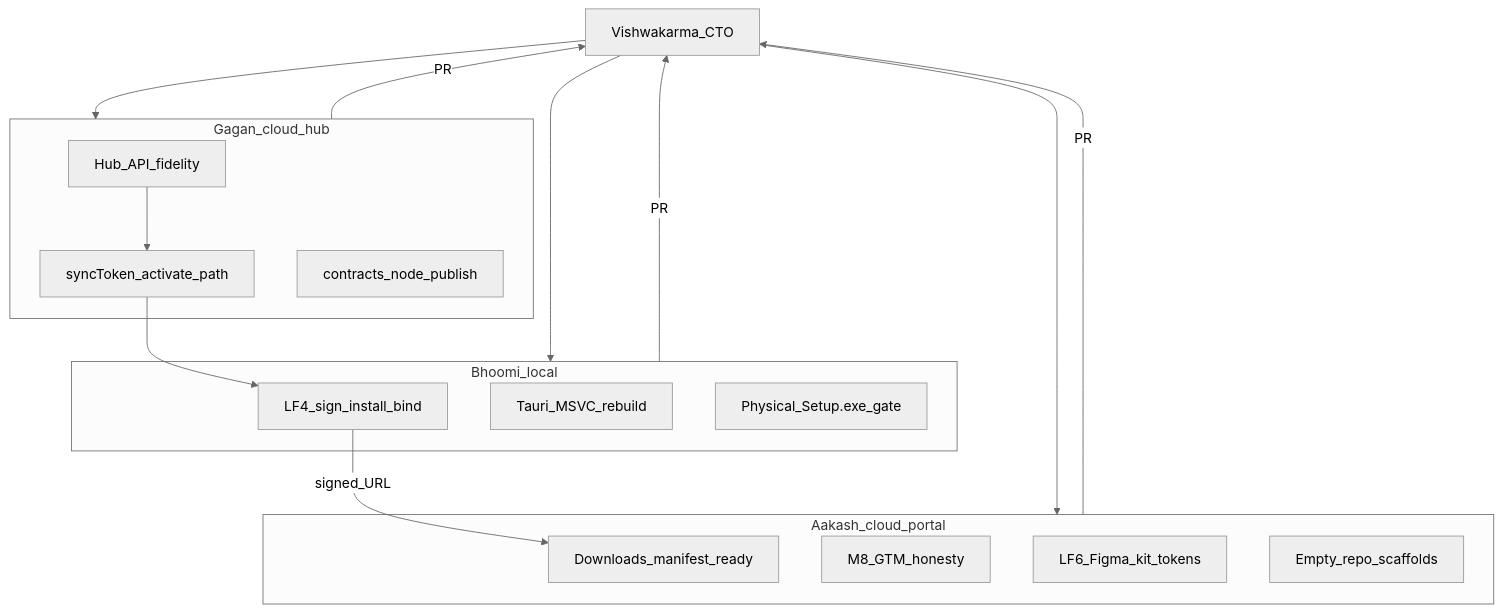
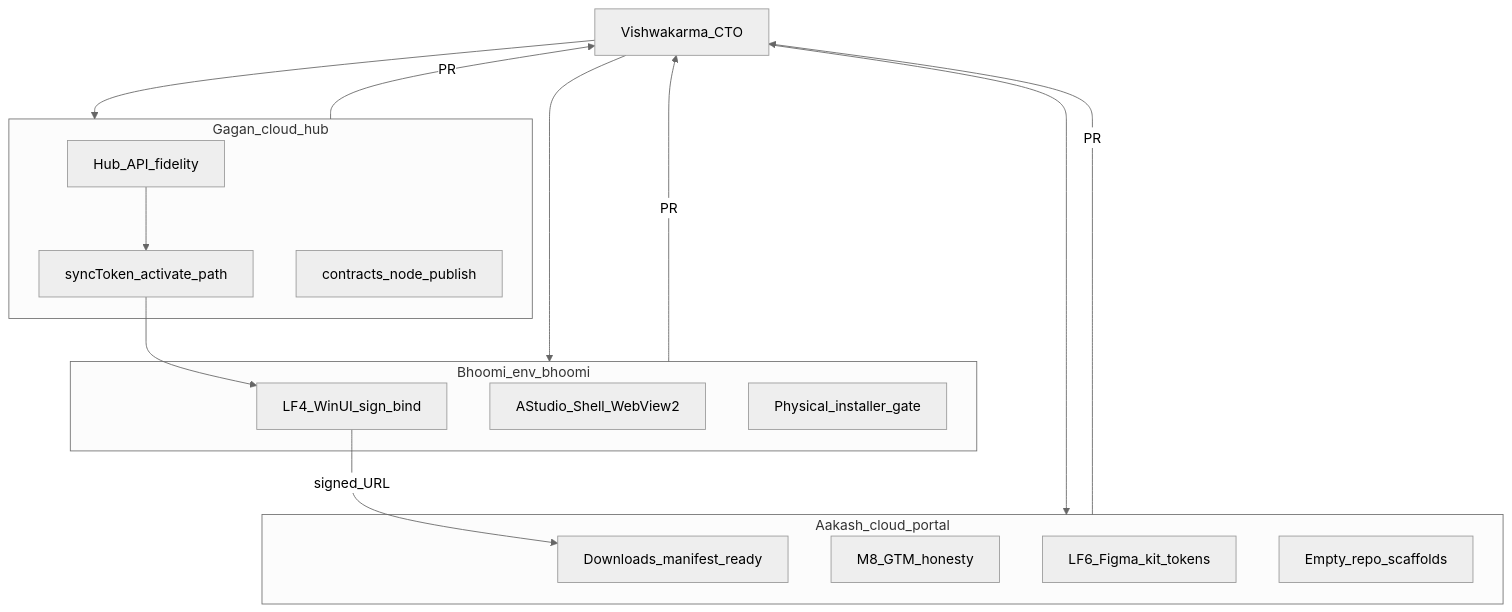
The diagram in docs/esti/AGENT-WORKSTREAMS.md (HolagundiWorks/aorms), drawn with Mermaid (neutral theme) before and after one commit.

Commit message:
docs(crew): mermaid LF4 path is WinUI on env bhoomi

````diff
--- a/docs/esti/AGENT-WORKSTREAMS.md
+++ b/docs/esti/AGENT-WORKSTREAMS.md
@@ -27,29 +27,29 @@
 ```mermaid
 flowchart TB
   Vish[Vishwakarma_CTO]
-  subgraph local [Bhoomi_local]
-    LF4[LF4_sign_install_bind]
-    Tauri[Tauri_MSVC_rebuild]
-    Smoke[Physical_Setup.exe_gate]
+  subgraph local [Bhoomi_env_bhoomi]
+    LF4[LF4_WinUI_sign_bind]
+    WinUI[AStudio_Shell_WebView2]
+    Smoke[Physical_installer_gate]
   end
   subgraph gagan [Gagan_cloud_hub]
     Hub[Hub_API_fidelity]
     SyncTok[syncToken_activate_path]
     Contracts[contracts_node_publish]
   end
   subgraph aakash [Aakash_cloud_portal]
     Portal[Downloads_manifest_ready]
     M8[M8_GTM_honesty]
     LF6[LF6_Figma_kit_tokens]
     Scaffolds[Empty_repo_scaffolds]
   end
   Vish --> local
   Vish --> gagan
   Vish --> aakash
   LF4 -->|signed_URL| Portal
   SyncTok --> LF4
   Hub --> SyncTok
   gagan -->|PR| Vish
   aakash -->|PR| Vish
   local -->|PR| Vish
 ```
````
